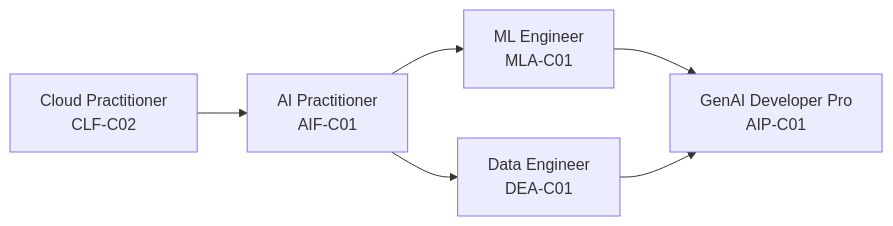
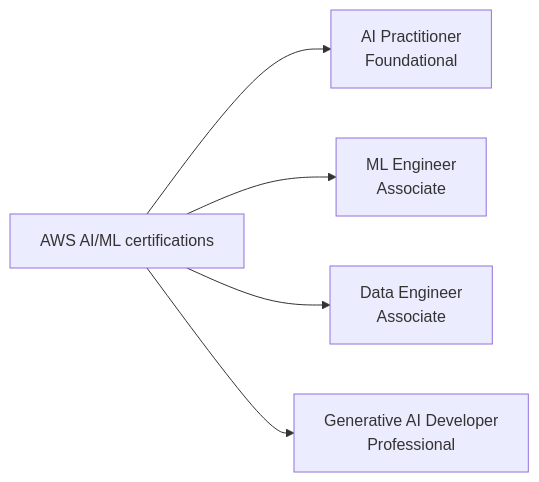
Before and after one commit to CloudCityPress/aws-aif-c01: the third of 5 diagrams in english/00_60_AWS_Certifications_and_exam.md, drawn with Mermaid. The commit also changed other lines of this file and 76 other files, not shown here.

````diff
--- a/english/00_60_AWS_Certifications_and_exam.md
+++ b/english/00_60_AWS_Certifications_and_exam.md
@@ -43,8 +100,7 @@
 ```mermaid
 flowchart LR
-    A[Cloud Practitioner<br>CLF-C02] --> B[AI Practitioner<br>AIF-C01]
-    B --> C[ML Engineer<br>MLA-C01]
-    B --> D[Data Engineer<br>DEA-C01]
-    C --> E[GenAI Developer Pro<br>AIP-C01]
-    D --> E
+    A[AWS AI/ML certifications] --> B[AI Practitioner<br/>Foundational]
+    A --> C[ML Engineer<br/>Associate]
+    A --> D[Data Engineer<br/>Associate]
+    A --> E[Generative AI Developer<br/>Professional]
 ```
````
